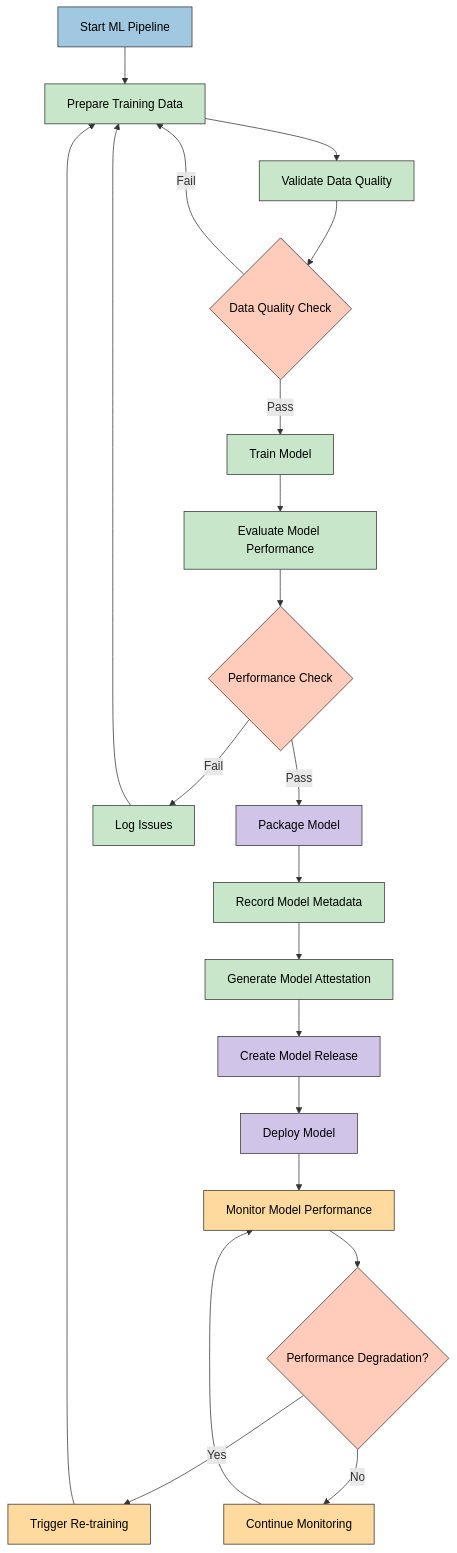
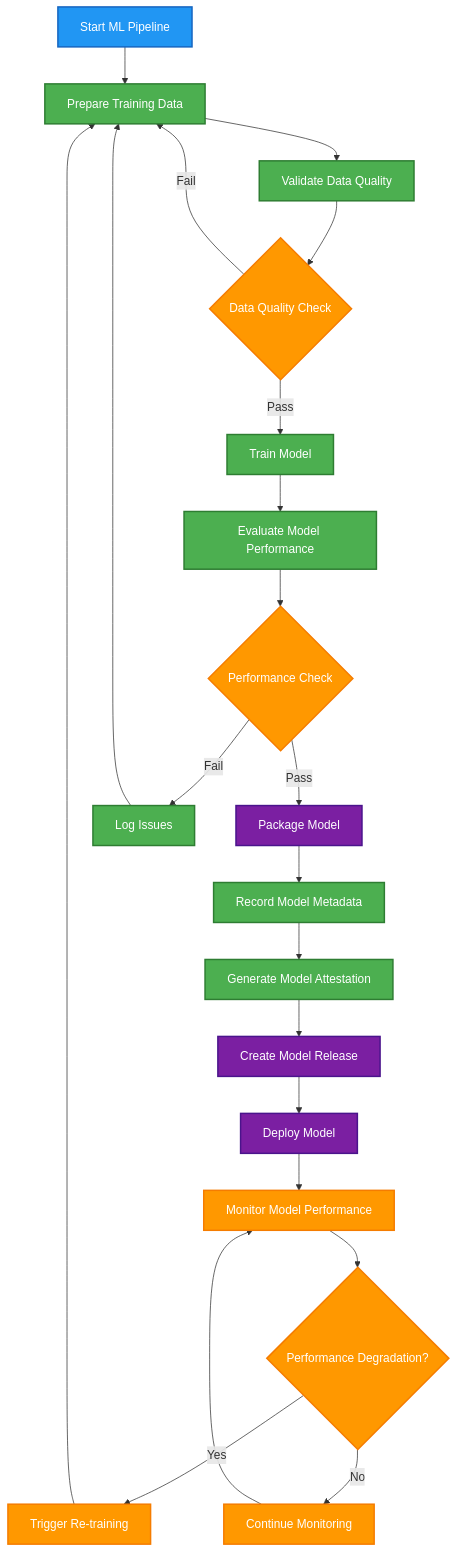
One commit to step-security-bot/cia-compliance-manager changed the second of 7 diagrams in docs/architecture/FUTURE_WORKFLOWS.md. Above: the diagram before and after it, drawn with Mermaid. The commit also changed other lines of this file and 27 other files, not shown here.

First line of the commit message:
fix: resolve broken mermaid diagrams and improve color coding to match ISMS style guide (#1106)

````diff
--- a/docs/architecture/FUTURE_WORKFLOWS.md
+++ b/docs/architecture/FUTURE_WORKFLOWS.md
@@ -146,40 +146,40 @@
 ```mermaid
 flowchart TD
     A[Start ML Pipeline] --> B[Prepare Training Data]
     B --> C[Validate Data Quality]
     C --> D{Data Quality Check}
     
     D -->|Pass| E[Train Model]
     D -->|Fail| B
     
     E --> F[Evaluate Model Performance]
     F --> G{Performance Check}
     
     G -->|Pass| H[Package Model]
     G -->|Fail| I[Log Issues]
     I --> B
     
     H --> J[Record Model Metadata]
     J --> K[Generate Model Attestation]
     K --> L[Create Model Release]
     L --> M[Deploy Model]
     M --> N[Monitor Model Performance]
     N --> O{Performance Degradation?}
     
     O -->|Yes| P[Trigger Re-training]
     O -->|No| Q[Continue Monitoring]
     P --> B
     Q --> N
 
-    classDef start fill:#a0c8e0,stroke:#333,stroke-width:1px,color:black
-    classDef process fill:#c8e6c9,stroke:#333,stroke-width:1px,color:black
-    classDef decision fill:#ffccbc,stroke:#333,stroke-width:1px,color:black
-    classDef model fill:#d1c4e9,stroke:#333,stroke-width:1px,color:black
-    classDef monitor fill:#ffda9e,stroke:#333,stroke-width:1px,color:black
+    classDef start fill:#2196F3,stroke:#1565C0,stroke-width:2px,color:#ffffff
+    classDef process fill:#4CAF50,stroke:#2E7D32,stroke-width:2px,color:#ffffff
+    classDef decision fill:#FF9800,stroke:#F57C00,stroke-width:2px,color:#ffffff
+    classDef model fill:#7B1FA2,stroke:#4A148C,stroke-width:2px,color:#ffffff
+    classDef monitor fill:#FF9800,stroke:#F57C00,stroke-width:2px,color:#ffffff
     
     class A start
     class B,C,E,F,I,J,K process
     class D,G,O decision
     class H,L,M model
     class N,P,Q monitor
 ```
````
